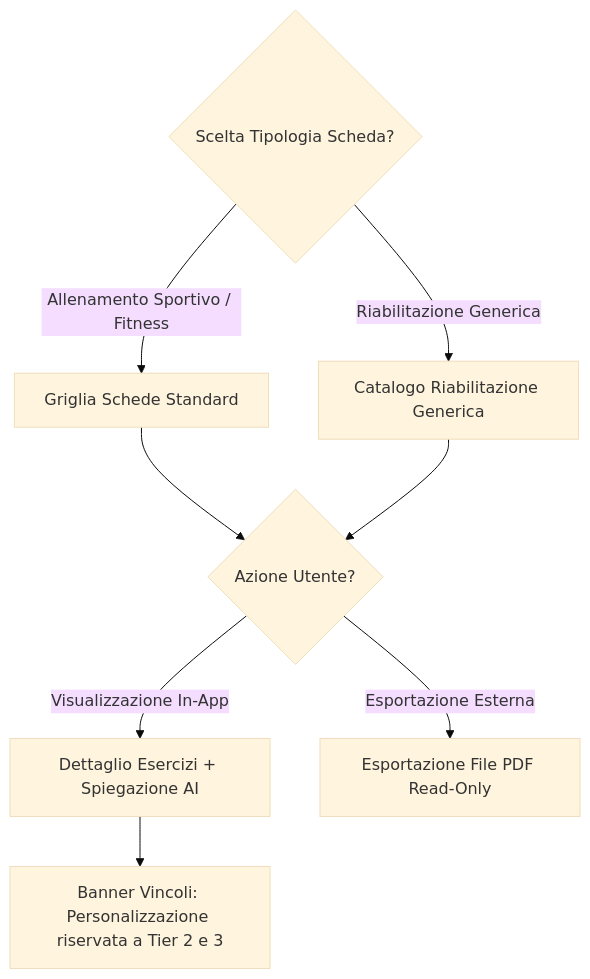
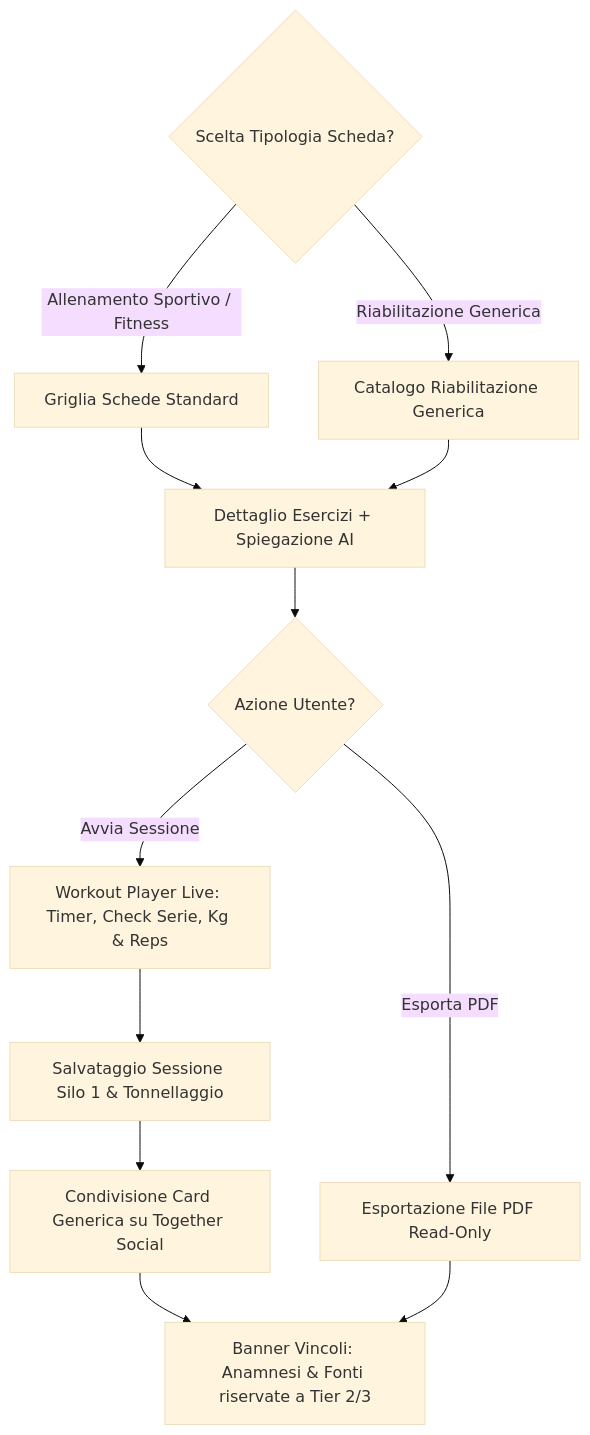
Before and after one commit to sportscience2025-star/Sports-Analytics-Platform---T7-Workout-APP: the second of 2 diagrams in architecture-blueprint/00-capitolato-tecnico-e-glossario/03-software-1-flow-3a-workout-player.md, drawn with Mermaid (base theme). The commit also changed other lines of this file and 11 other files, not shown here.

Commit message:
feat(programming): add workout player, gym interface and together social sharing across tiers 1-3

````diff
--- a/architecture-blueprint/00-capitolato-tecnico-e-glossario/03-software-1-flow-3a-workout-player.md
+++ b/architecture-blueprint/00-capitolato-tecnico-e-glossario/03-software-1-flow-3a-workout-player.md
@@ -104,14 +127,18 @@
 ```mermaid
 flowchart TD
     DEC_CAT{Scelta Tipologia Scheda?}
     DEC_CAT -->|Allenamento Sportivo / Fitness| UI_PRESETS[Griglia Schede Standard]
     DEC_CAT -->|Riabilitazione Generica| UI_REHAB[Catalogo Riabilitazione Generica]
 
-    UI_PRESETS --> DEC_ACTION{Azione Utente?}
-    UI_REHAB --> DEC_ACTION
+    UI_PRESETS --> UI_VIEW[Dettaglio Esercizi + Spiegazione AI]
+    UI_REHAB --> UI_VIEW
 
-    DEC_ACTION -->|Visualizzazione In-App| UI_VIEW[Dettaglio Esercizi + Spiegazione AI]
-    DEC_ACTION -->|Esportazione Esterna| UI_PDF[Esportazione File PDF Read-Only]
+    UI_VIEW --> DEC_ACTION{Azione Utente?}
+    DEC_ACTION -->|Avvia Sessione| UI_START[Workout Player Live: Timer, Check Serie, Kg & Reps]
+    DEC_ACTION -->|Esporta PDF| UI_PDF[Esportazione File PDF Read-Only]
 
-    UI_VIEW --> UI_BANNER[Banner Vincoli: Personalizzazione riservata a Tier 2 e 3]
+    UI_START --> UI_LOG[Salvataggio Sessione Silo 1 & Tonnellaggio]
+    UI_LOG --> UI_SOCIAL[Condivisione Card Generica su Together Social]
+    UI_SOCIAL --> UI_BANNER[Banner Vincoli: Anamnesi & Fonti riservate a Tier 2/3]
+    UI_PDF --> UI_BANNER
 ```
````
